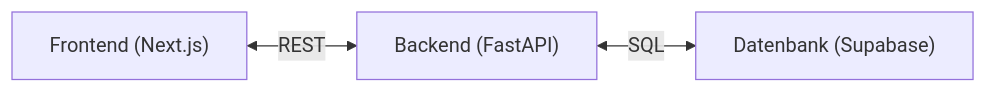
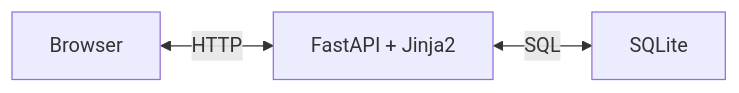
The first of 2 diagrams in docs/arc42.md (konstantinniedermann/olivalle-webshop), drawn with Mermaid before and after one commit. The commit also changed other lines of this file and 7 other files, not shown here.

Commit message:
docs: Dokumentation an neuen Tech-Stack anpassen (FastAPI+Jinja2+SQLite+fly.io)

````diff
--- a/docs/arc42.md
+++ b/docs/arc42.md
@@ -108,8 +104,8 @@
 ```mermaid
 graph LR
-    FE["Frontend (Next.js)"]
-    BE["Backend (FastAPI)"]
-    DB["Datenbank (Supabase)"]
-    FE <-->|REST| BE
-    BE <-->|SQL| DB
+    Browser["Browser"]
+    App["FastAPI + Jinja2"]
+    DB["SQLite"]
+    Browser <-->|HTTP| App
+    App <-->|SQL| DB
 ```
````
